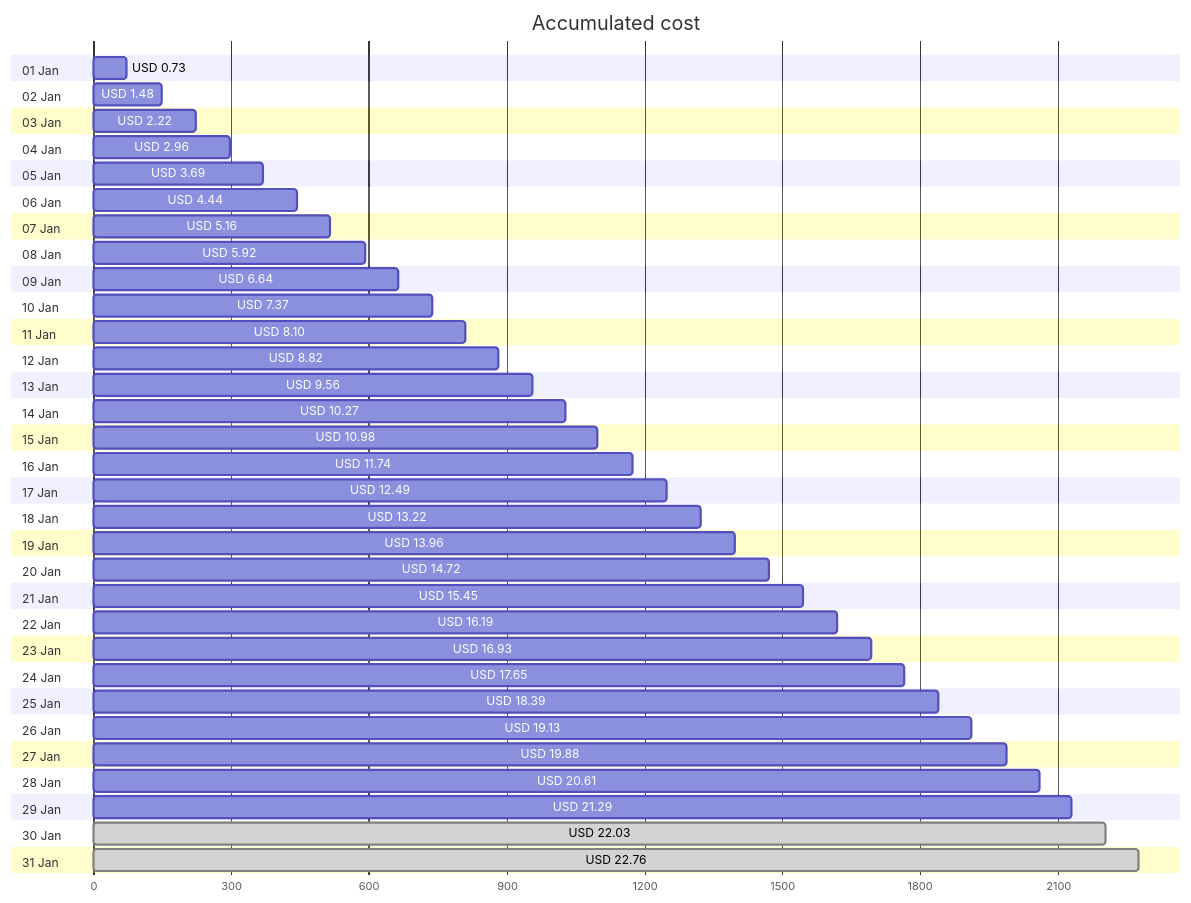
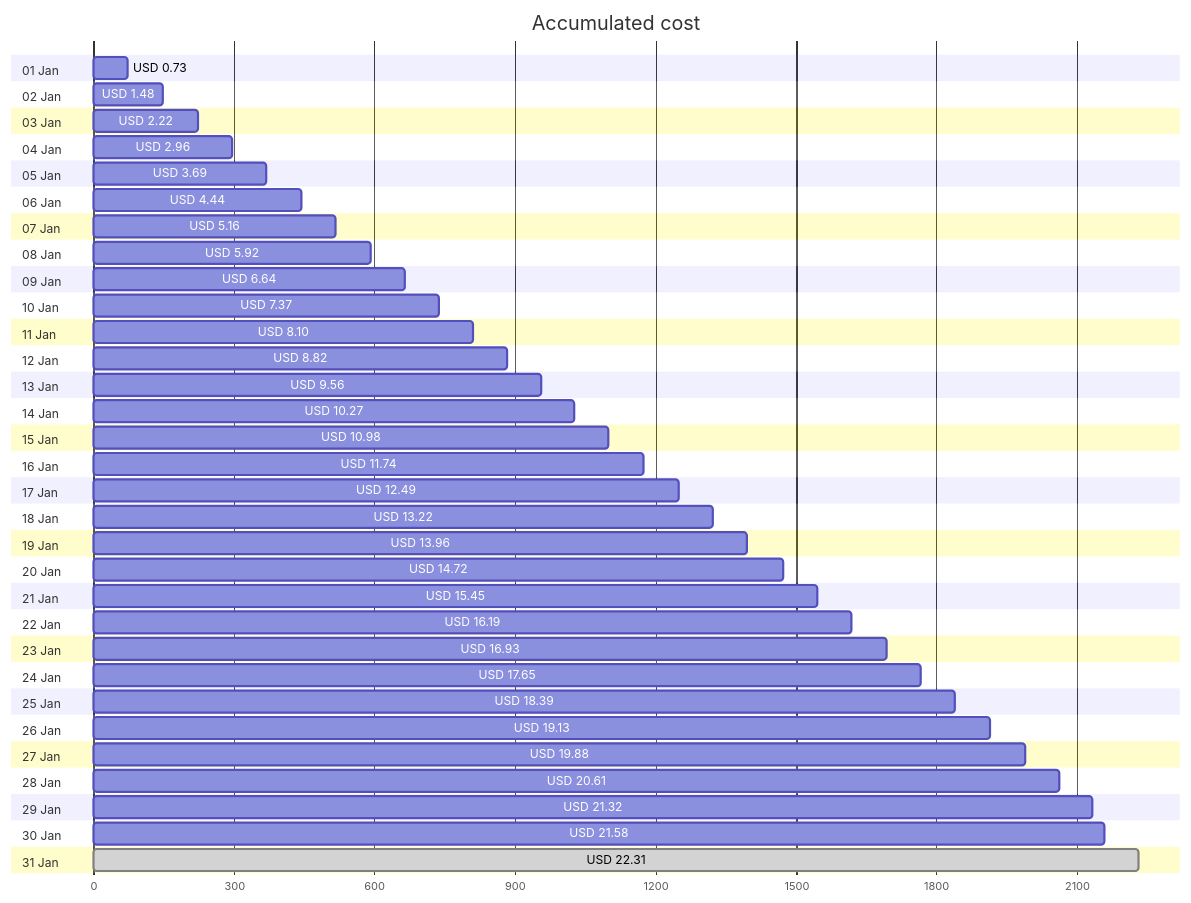
Before and after one commit to jpfulton/azure-personal-reports: the first of 4 diagrams in cost-reports/personal-network/backup-server-data-disk.md, drawn with Mermaid. The commit also changed other lines of this file and 8 other files, not shown here.

````diff
--- a/cost-reports/personal-network/backup-server-data-disk.md
+++ b/cost-reports/personal-network/backup-server-data-disk.md
@@ -20,68 +20,68 @@
 ```mermaid
 gantt
    title Accumulated cost
    dateFormat  X
    axisFormat %s
    section 01 Jan
    USD 0.73 :0, 73
    section 02 Jan
    USD 1.48 :0, 148
    section 03 Jan
    USD 2.22 :0, 222
    section 04 Jan
    USD 2.96 :0, 296
    section 05 Jan
    USD 3.69 :0, 369
    section 06 Jan
    USD 4.44 :0, 444
    section 07 Jan
    USD 5.16 :0, 516
    section 08 Jan
    USD 5.92 :0, 592
    section 09 Jan
    USD 6.64 :0, 664
    section 10 Jan
    USD 7.37 :0, 737
    section 11 Jan
    USD 8.10 :0, 810
    section 12 Jan
    USD 8.82 :0, 882
    section 13 Jan
    USD 9.56 :0, 956
    section 14 Jan
    USD 10.27 :0, 1027
    section 15 Jan
    USD 10.98 :0, 1098
    section 16 Jan
    USD 11.74 :0, 1174
    section 17 Jan
    USD 12.49 :0, 1249
    section 18 Jan
    USD 13.22 :0, 1322
    section 19 Jan
    USD 13.96 :0, 1396
    section 20 Jan
    USD 14.72 :0, 1472
    section 21 Jan
    USD 15.45 :0, 1545
    section 22 Jan
    USD 16.19 :0, 1619
    section 23 Jan
    USD 16.93 :0, 1693
    section 24 Jan
    USD 17.65 :0, 1765
    section 25 Jan
    USD 18.39 :0, 1839
    section 26 Jan
    USD 19.13 :0, 1913
    section 27 Jan
    USD 19.88 :0, 1988
    section 28 Jan
    USD 20.61 :0, 2061
    section 29 Jan
-   USD 21.29 :0, 2129
+   USD 21.32 :0, 2132
    section 30 Jan
-   USD 22.03 : done, 0, 2203
+   USD 21.58 :0, 2158
    section 31 Jan
-   USD 22.76 : done, 0, 2276
+   USD 22.31 : done, 0, 2231
 ```
````
